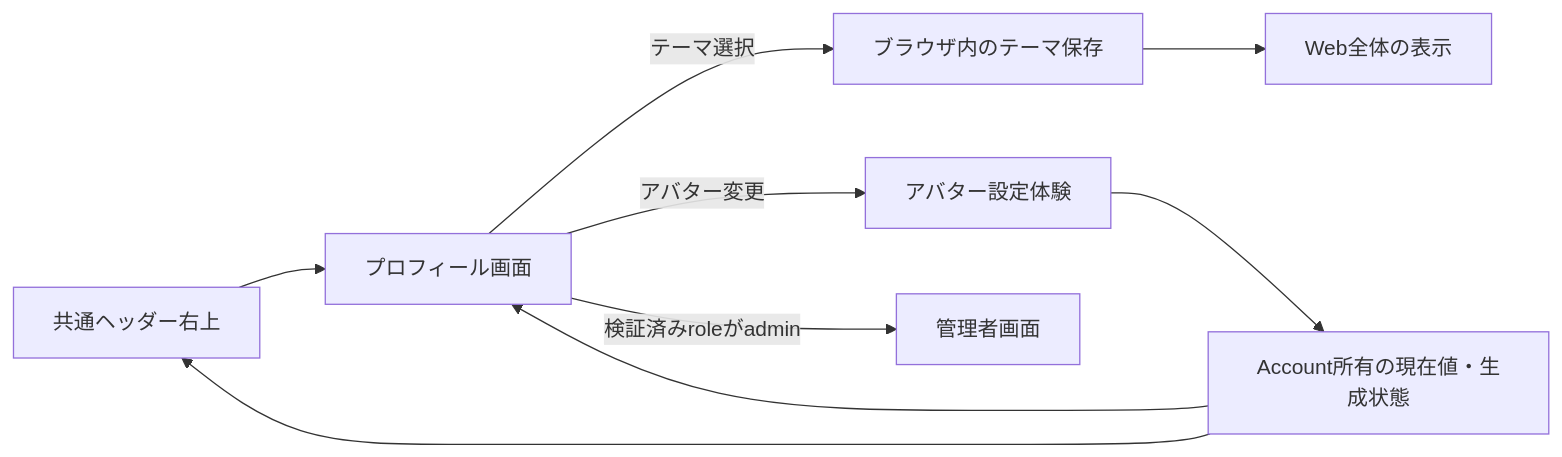
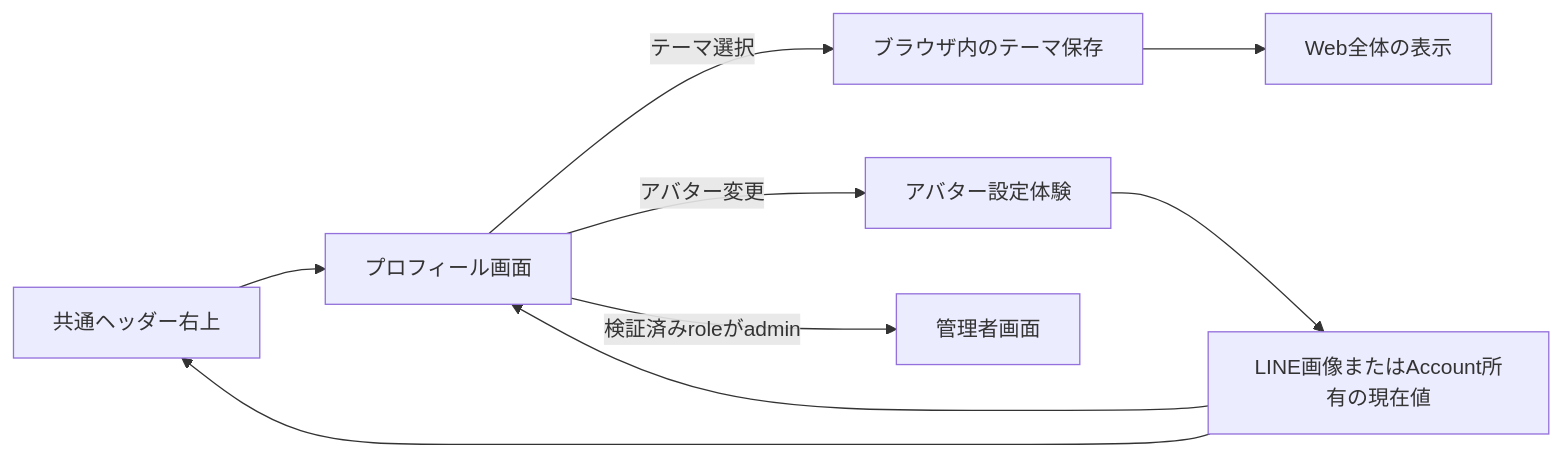
Before and after one commit to kkyosuke/me-builder: the second of 2 diagrams in docs/product/profile-settings-experience.md, drawn with Mermaid. The commit also changed other lines of this file and 16 other files, not shown here.

````diff
--- a/docs/product/profile-settings-experience.md
+++ b/docs/product/profile-settings-experience.md
@@ -151,11 +149,11 @@
 ```mermaid
 flowchart LR
     H[共通ヘッダー右上] --> P[プロフィール画面]
     P -->|テーマ選択| B[ブラウザ内のテーマ保存]
     B --> V[Web全体の表示]
     P -->|アバター変更| A[アバター設定体験]
     P -->|検証済みroleがadmin| M[管理者画面]
-    A --> D[Account所有の現在値・生成状態]
+    A --> D[LINE画像またはAccount所有の現在値]
     D --> P
     D --> H
 ```
````
